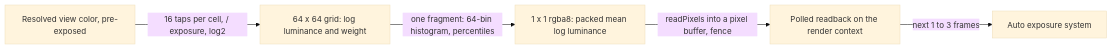
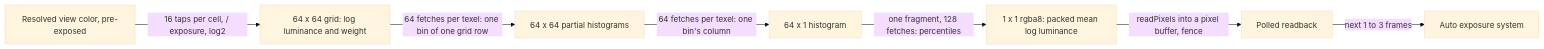
One commit to Forge-Game-Engine/Forge changed the third of 3 diagrams in design/3d/13-post-processing-and-anti-aliasing.md. Above: the diagram before and after it, drawn with Mermaid (base theme). The commit also changed other lines of this file and 3 other files, not shown here.

````diff
--- a/design/3d/13-post-processing-and-anti-aliasing.md
+++ b/design/3d/13-post-processing-and-anti-aliasing.md
@@ -1169,7 +1429,9 @@
 ```mermaid
 flowchart LR
   C[Resolved view color, pre-exposed] -->|16 taps per cell, / exposure, log2| G[64 x 64 grid: log luminance and weight]
-  G -->|one fragment: 64-bin histogram, percentiles| R[1 x 1 rgba8: packed mean log luminance]
-  R -->|readPixels into a pixel buffer, fence| Q[Polled readback on the render context]
+  G -->|64 fetches per texel: one bin of one grid row| P[64 x 64 partial histograms]
+  P -->|64 fetches per texel: one bin's column| H[64 x 1 histogram]
+  H -->|one fragment, 128 fetches: percentiles| R[1 x 1 rgba8: packed mean log luminance]
+  R -->|readPixels into a pixel buffer, fence| Q[Polled readback]
   Q -->|next 1 to 3 frames| S[Auto exposure system]
 ```
````
